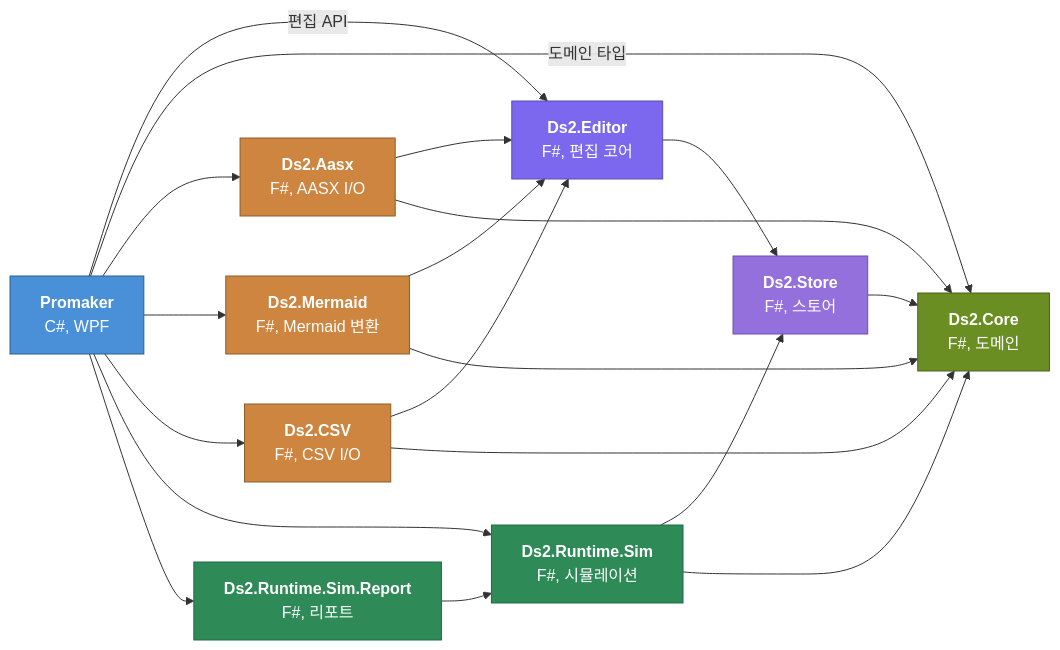
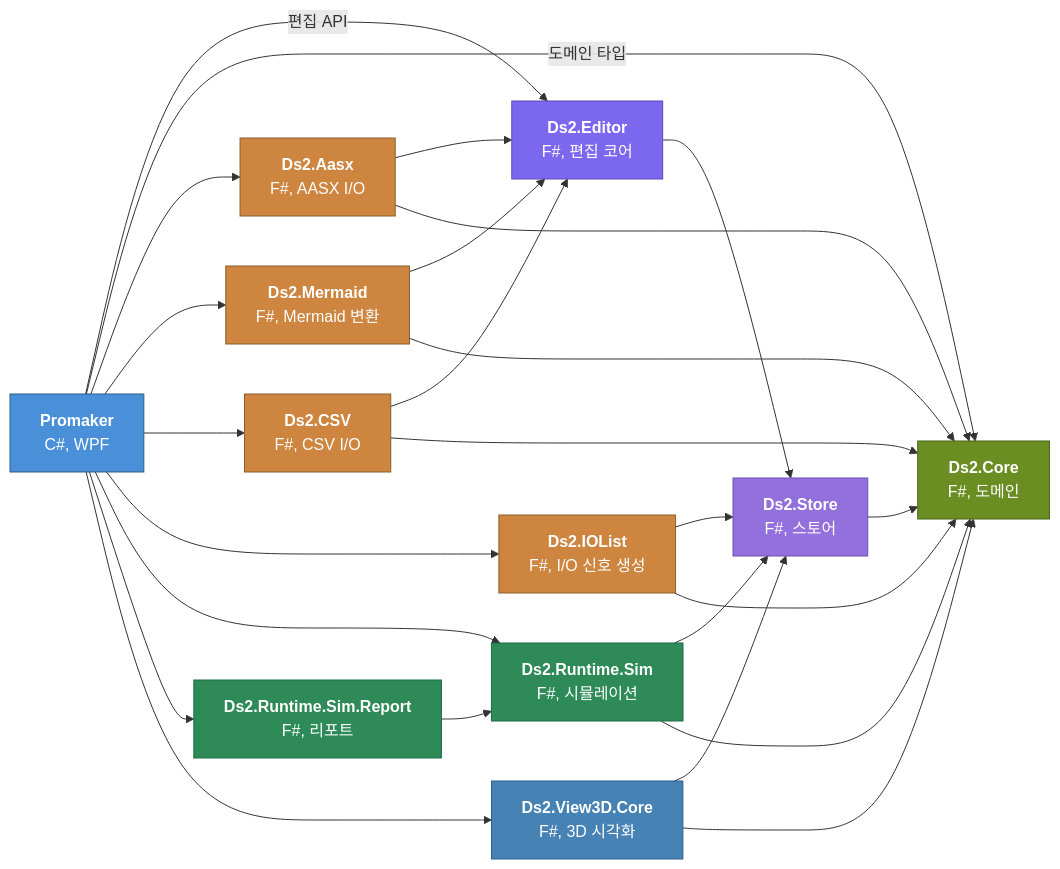
The third of 7 diagrams in README.md (DualsoftDev/ds2), drawn with Mermaid before and after one commit. The commit also changed other lines of this file, not shown here.

````diff
--- a/README.md
+++ b/README.md
@@ -81,41 +81,51 @@
 ```mermaid
 graph LR
   PM["<b>Promaker</b><br/>C#, WPF"]
   EDI["<b>Ds2.Editor</b><br/>F#, 편집 코어"]
   STO["<b>Ds2.Store</b><br/>F#, 스토어"]
   CORE["<b>Ds2.Core</b><br/>F#, 도메인"]
   AASX["<b>Ds2.Aasx</b><br/>F#, AASX I/O"]
   MER["<b>Ds2.Mermaid</b><br/>F#, Mermaid 변환"]
   CSV["<b>Ds2.CSV</b><br/>F#, CSV I/O"]
+  IOL["<b>Ds2.IOList</b><br/>F#, I/O 신호 생성"]
   SIM["<b>Ds2.Runtime.Sim</b><br/>F#, 시뮬레이션"]
   RPT["<b>Ds2.Runtime.Sim.Report</b><br/>F#, 리포트"]
+  V3D["<b>Ds2.View3D.Core</b><br/>F#, 3D 시각화"]
 
   PM -->|편집 API| EDI
   PM -->|도메인 타입| CORE
   PM --> AASX
   PM --> MER
   PM --> CSV
+  PM --> IOL
   PM --> SIM
   PM --> RPT
+  PM --> V3D
   EDI --> STO
   STO --> CORE
   AASX --> EDI
   AASX --> CORE
   MER --> EDI
   MER --> CORE
   CSV --> EDI
   CSV --> CORE
+  IOL --> STO
+  IOL --> CORE
   SIM --> STO
   SIM --> CORE
   RPT --> SIM
+  V3D --> STO
+  V3D --> CORE
 
   style PM fill:#4a90d9,color:#fff,stroke:#2c5f8a
   style EDI fill:#7b68ee,color:#fff,stroke:#5a4db5
   style STO fill:#9370db,color:#fff,stroke:#6a4db5
   style CORE fill:#6b8e23,color:#fff,stroke:#4a6319
   style AASX fill:#cd853f,color:#fff,stroke:#8b5e2b
   style MER fill:#cd853f,color:#fff,stroke:#8b5e2b
   style CSV fill:#cd853f,color:#fff,stroke:#8b5e2b
+  style IOL fill:#cd853f,color:#fff,stroke:#8b5e2b
   style SIM fill:#2e8b57,color:#fff,stroke:#1e6b47
   style RPT fill:#2e8b57,color:#fff,stroke:#1e6b47
+  style V3D fill:#4682b4,color:#fff,stroke:#2c5f8a
 ```
````
